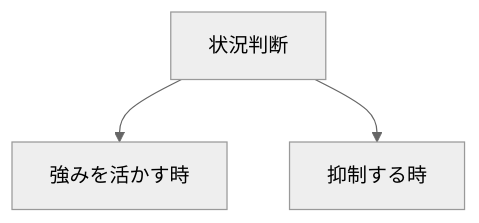
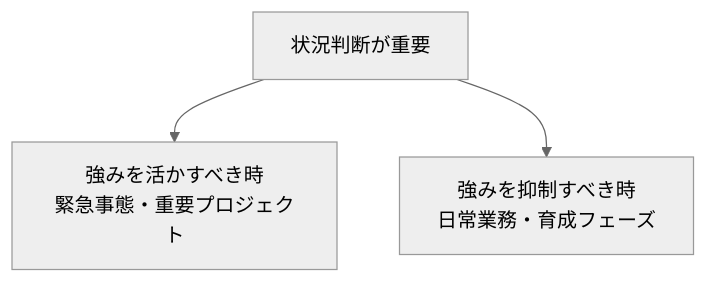
The third of 4 diagrams in content/blog/297-strengths-shadow-side-management.md (tndg16-bot/portfolio-site), drawn with Mermaid (neutral theme) before and after one commit. The commit also changed other lines of this file and 19 other files, not shown here.

````diff
--- a/content/blog/297-strengths-shadow-side-management.md
+++ b/content/blog/297-strengths-shadow-side-management.md
@@ -67,6 +74,6 @@
 ```mermaid
 graph TD
-    A[状況判断]
-    A --> B[強みを活かす時]
-    A --> C[抑制する時]
+    A[状況判断が重要]
+    A --> B[強みを活かすべき時<br/>緊急事態・重要プロジェクト]
+    A --> C[強みを抑制すべき時<br/>日常業務・育成フェーズ]
 ```
````
